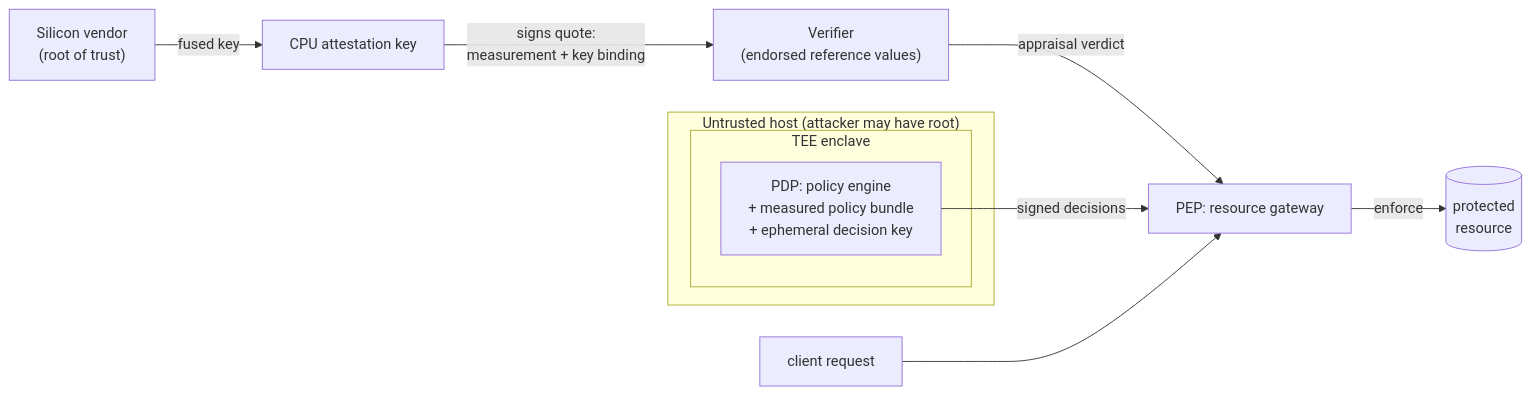
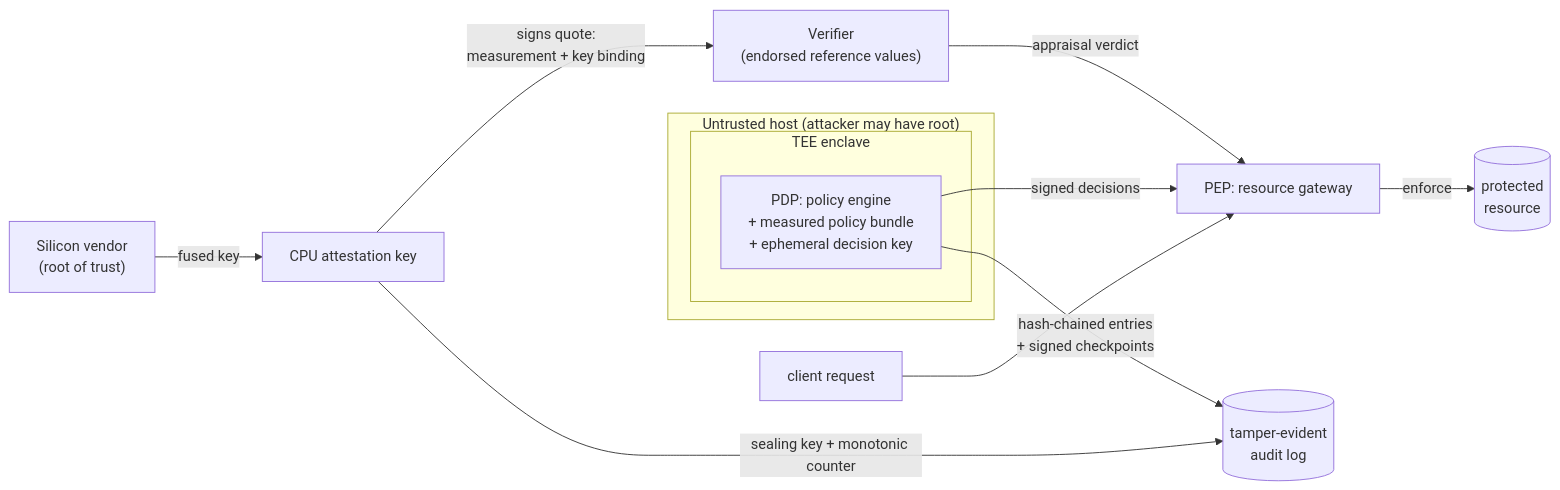
The diagram in README.md (aabhimittal/zero-trust-confidential-computing), drawn with Mermaid before and after one commit. The commit also changed other lines of this file and 19 other files, not shown here.

First line of the commit message:
Add sealing, audit log, obligations, revocation, quorum; harden fail-open paths

````diff
--- a/README.md
+++ b/README.md
@@ -34,14 +34,16 @@
 ```mermaid
 flowchart LR
     subgraph Host["Untrusted host (attacker may have root)"]
         subgraph Enclave["TEE enclave"]
             PDP["PDP: policy engine<br/>+ measured policy bundle<br/>+ ephemeral decision key"]
         end
     end
     Vendor["Silicon vendor<br/>(root of trust)"] -->|"fused key"| CPU["CPU attestation key"]
     CPU -->|"signs quote:<br/>measurement + key binding"| Verifier["Verifier<br/>(endorsed reference values)"]
     Verifier -->|"appraisal verdict"| PEP["PEP: resource gateway"]
     PDP -->|"signed decisions"| PEP
+    PDP -->|"hash-chained entries<br/>+ signed checkpoints"| Log[("tamper-evident<br/>audit log")]
+    CPU -->|"sealing key + monotonic counter"| Log
     PEP -->|"enforce"| Resource[("protected<br/>resource")]
     Client["client request"] --> PEP
 ```
````
